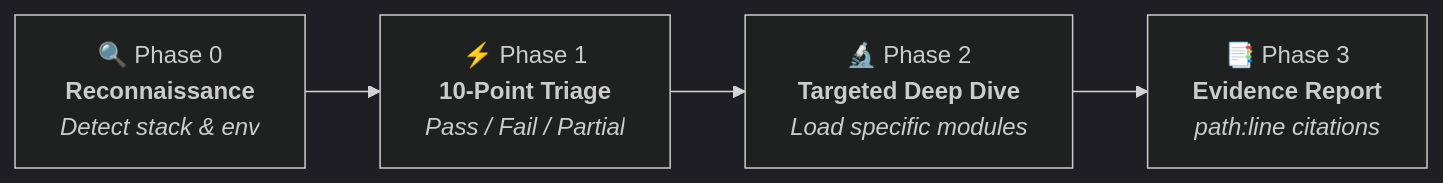
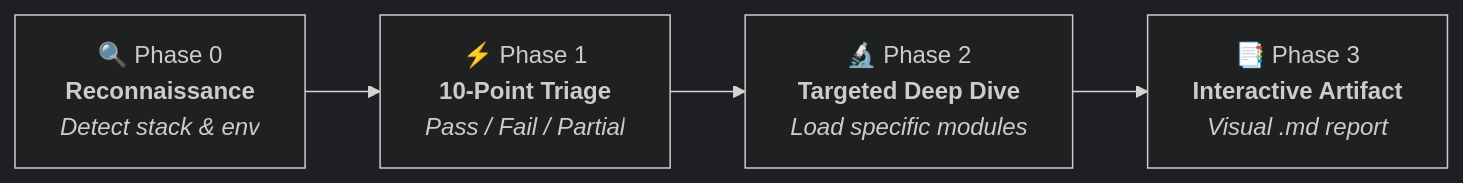
Before and after one commit to SyedZeerak/phouppo: the diagram in README.md, drawn with Mermaid (dark theme). The commit also changed other lines of this file and 8 other files, not shown here.

Commit message:
v1.4.0 added interactive visual .md artifacts, Mermaid diagrams, collapsible accordions, punch-list checklists, visual assets (assets/phouppo-hero.png, assets/phouppo-demo.svg), and streamlined headers.

````diff
--- a/README.md
+++ b/README.md
@@ -78,6 +84,6 @@
 ```mermaid
 flowchart LR
     A[🔍 Phase 0<br/><b>Reconnaissance</b><br/><i>Detect stack & env</i>] --> B[⚡ Phase 1<br/><b>10-Point Triage</b><br/><i>Pass / Fail / Partial</i>]
     B --> C[🔬 Phase 2<br/><b>Targeted Deep Dive</b><br/><i>Load specific modules</i>]
-    C --> D[📑 Phase 3<br/><b>Evidence Report</b><br/><i>path:line citations</i>]
+    C --> D[📑 Phase 3<br/><b>Interactive Artifact</b><br/><i>Visual .md report</i>]
 ```
````
